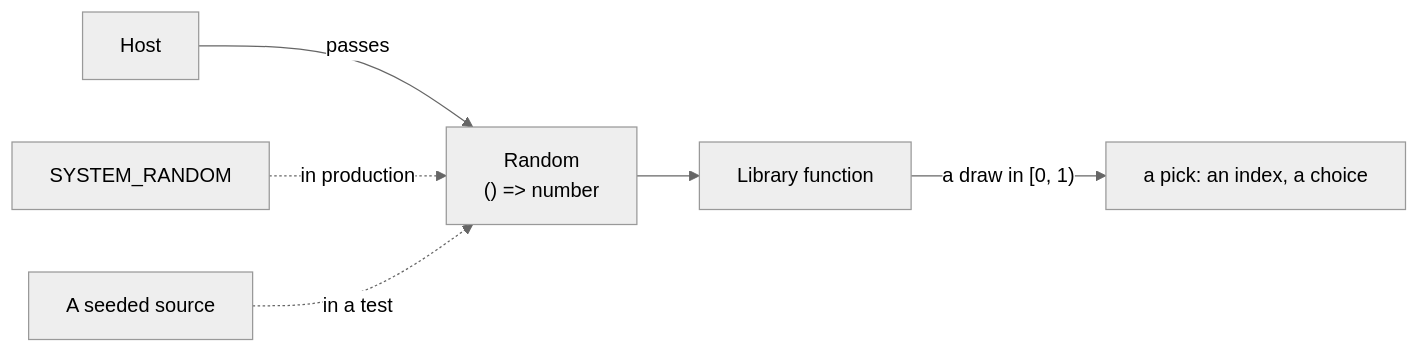
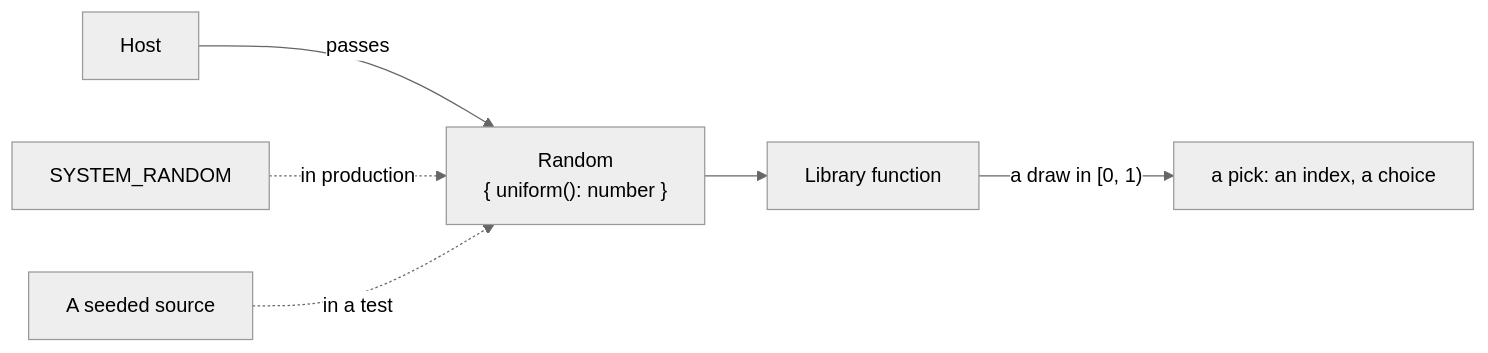
The diagram in docs/core/random.md (interopkit/interopkit), drawn with Mermaid (neutral theme) before and after one commit. The commit also changed other lines of this file and 85 other files, not shown here.

````diff
--- a/docs/core/random.md
+++ b/docs/core/random.md
@@ -6,8 +7,8 @@
 ```mermaid
 flowchart LR
-  host["Host"] -->|"passes"| random["Random<br/>() => number"]
+  host["Host"] -->|"passes"| random["Random<br/>{ uniform(): number }"]
   random --> lib["Library function"]
   lib -->|"a draw in [0, 1)"| pick["a pick: an index, a choice"]
   system["SYSTEM_RANDOM"] -.->|"in production"| random
   seeded["A seeded source"] -.->|"in a test"| random
 ```
````
